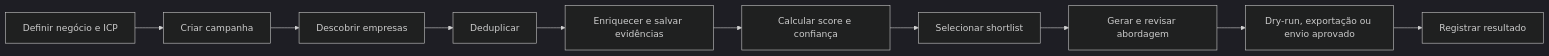
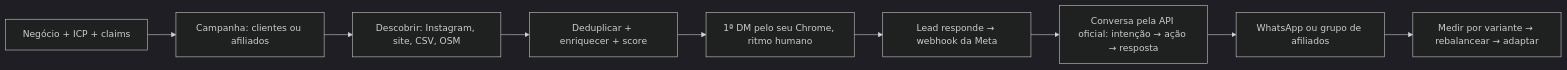
The diagram in README.md (thallisribeiro/leadhunter), drawn with Mermaid (dark theme) before and after one commit. The commit also changed other lines of this file and 61 other files, not shown here.

````diff
--- a/README.md
+++ b/README.md
@@ -26,12 +11,11 @@
 ```mermaid
 flowchart LR
-    A[Definir negócio e ICP] --> B[Criar campanha]
-    B --> C[Descobrir empresas]
-    C --> D[Deduplicar]
-    D --> E[Enriquecer e salvar evidências]
-    E --> F[Calcular score e confiança]
-    F --> G[Selecionar shortlist]
-    G --> H[Gerar e revisar abordagem]
-    H --> I[Dry-run, exportação ou envio aprovado]
-    I --> J[Registrar resultado]
+    A[Negócio + ICP + claims] --> B[Campanha: clientes ou afiliados]
+    B --> C[Descobrir: Instagram, site, CSV, OSM]
+    C --> D[Deduplicar + enriquecer + score]
+    D --> E[1ª DM pelo seu Chrome, ritmo humano]
+    E --> F[Lead responde → webhook da Meta]
+    F --> G[Conversa pela API oficial: intenção → ação → resposta]
+    G --> H[WhatsApp ou grupo de afiliados]
+    H --> I[Medir por variante → rebalancear → adaptar]
 ```
````
